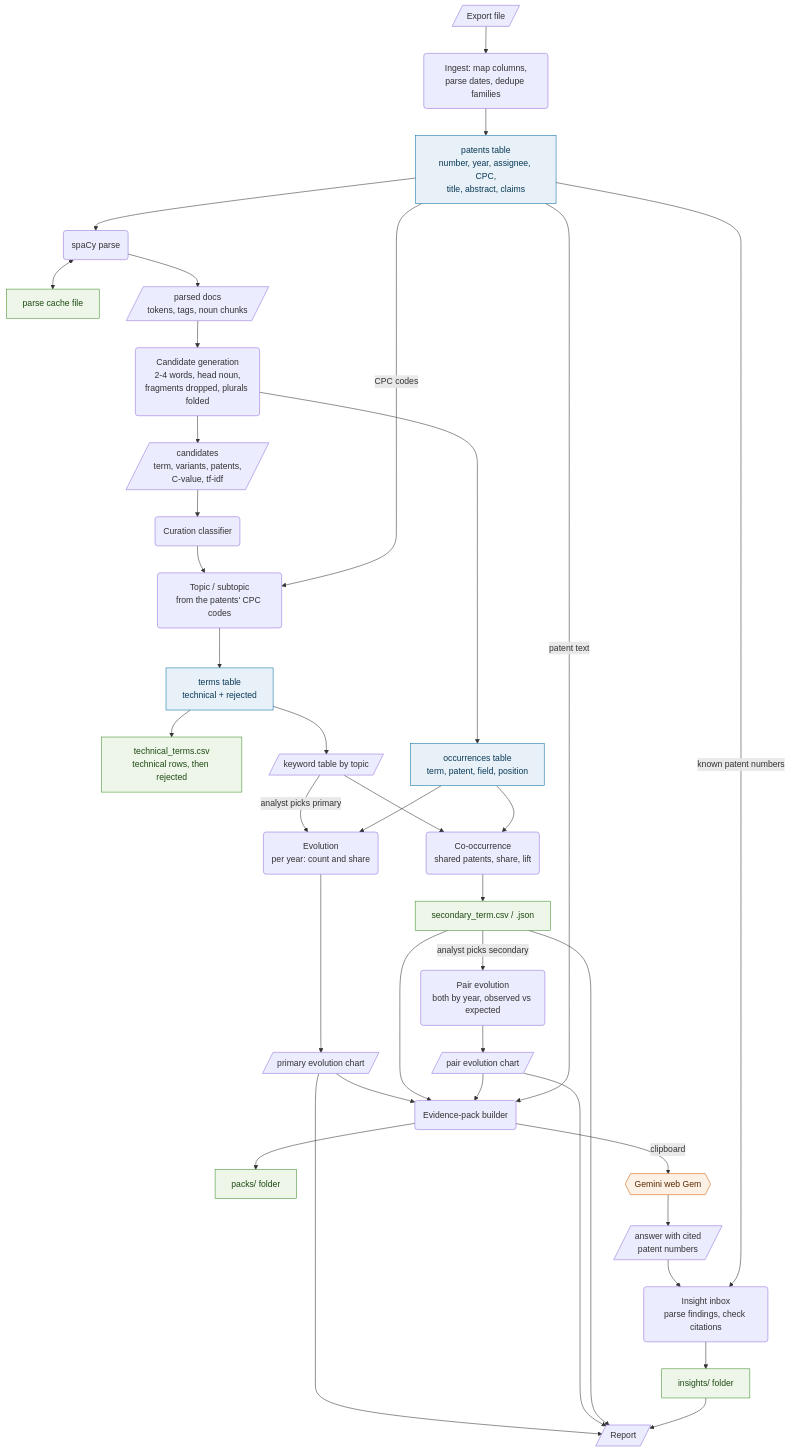
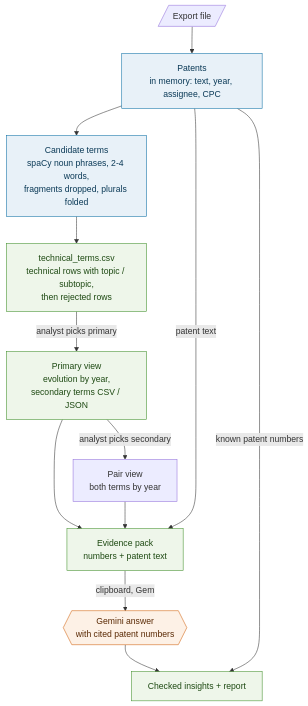
The second of 3 diagrams in ARCHITECTURE.md (szed0/random), drawn with Mermaid before and after one commit. The commit also changed other lines of this file and 2 other files, not shown here.

Commit message:
Cut the architecture and dataflow diagrams to at most nine blocks

````diff
--- a/ARCHITECTURE.md
+++ b/ARCHITECTURE.md
@@ -88,70 +58,29 @@
 ```mermaid
 flowchart TB
     exportfile[/"Export file"/]
+    patents["Patents<br/>in memory: text, year, assignee, CPC"]
+    candidates["Candidate terms<br/>spaCy noun phrases, 2-4 words,<br/>fragments dropped, plurals folded"]
+    terms["technical_terms.csv<br/>technical rows with topic / subtopic,<br/>then rejected rows"]
+    primary["Primary view<br/>evolution by year,<br/>secondary terms CSV / JSON"]
+    pairview["Pair view<br/>both terms by year"]
+    pack["Evidence pack<br/>numbers + patent text"]
+    answer{{"Gemini answer<br/>with cited patent numbers"}}
+    insights["Checked insights + report"]
 
-    ingest("Ingest: map columns,<br/>parse dates, dedupe families")
-    patents["patents table<br/>number, year, assignee, CPC,<br/>title, abstract, claims"]
-    parse("spaCy parse")
-    cache["parse cache file"]
-    docs[/"parsed docs<br/>tokens, tags, noun chunks"/]
-    generate("Candidate generation<br/>2-4 words, head noun,<br/>fragments dropped, plurals folded")
-    candidates[/"candidates<br/>term, variants, patents,<br/>C-value, tf-idf"/]
-    curate("Curation classifier")
-    topics("Topic / subtopic<br/>from the patents' CPC codes")
-    terms["terms table<br/>technical + rejected"]
-    termsfile["technical_terms.csv<br/>technical rows, then rejected"]
-    occurrences["occurrences table<br/>term, patent, field, position"]
-
-    keywords[/"keyword table by topic"/]
-    evolution("Evolution<br/>per year: count and share")
-    cooc("Co-occurrence<br/>shared patents, share, lift")
-    pair("Pair evolution<br/>both by year, observed vs expected")
-    chart1[/"primary evolution chart"/]
-    secfile["secondary_term.csv / .json"]
-    chart2[/"pair evolution chart"/]
-
-    pack("Evidence-pack builder")
-    packsdir["packs/ folder"]
-    gemini{{"Gemini web Gem"}}
-    answer[/"answer with cited<br/>patent numbers"/]
-    check("Insight inbox<br/>parse findings, check citations")
-    insightsdir["insights/ folder"]
-    report[/"Report"/]
-
-    exportfile --> ingest --> patents
-    patents --> parse --> docs
-    parse <--> cache
-    docs --> generate --> candidates --> curate
-    curate --> topics
-    patents -- "CPC codes" --> topics
-    topics --> terms --> termsfile
-    generate --> occurrences
-    terms --> keywords
-
-    keywords -- "analyst picks primary" --> evolution --> chart1
-    keywords --> cooc --> secfile
-    occurrences --> evolution
-    occurrences --> cooc
-    secfile -- "analyst picks secondary" --> pair --> chart2
-
-    chart1 --> pack
-    secfile --> pack
-    chart2 --> pack
+    exportfile --> patents --> candidates --> terms
+    terms -- "analyst picks primary" --> primary
+    primary -- "analyst picks secondary" --> pairview
+    primary --> pack
+    pairview --> pack
     patents -- "patent text" --> pack
-    pack --> packsdir
-    pack -- "clipboard" --> gemini --> answer --> check
-    patents -- "known patent numbers" --> check
-    check --> insightsdir
-
-    chart1 --> report
-    chart2 --> report
-    secfile --> report
-    insightsdir --> report
+    pack -- "clipboard, Gem" --> answer
+    answer --> insights
+    patents -- "known patent numbers" --> insights
 
     classDef mem fill:#e8f1f8,stroke:#0b6fa4,color:#0b3a57
     classDef file fill:#eef6ea,stroke:#3f8f29,color:#1e4a13
     classDef gem fill:#fdf1e6,stroke:#d1600a,color:#5a2a05
-    class patents,terms,occurrences mem
-    class cache,termsfile,secfile,packsdir,insightsdir file
-    class gemini gem
+    class patents,candidates mem
+    class terms,primary,pack,insights file
+    class answer gem
 ```
````
